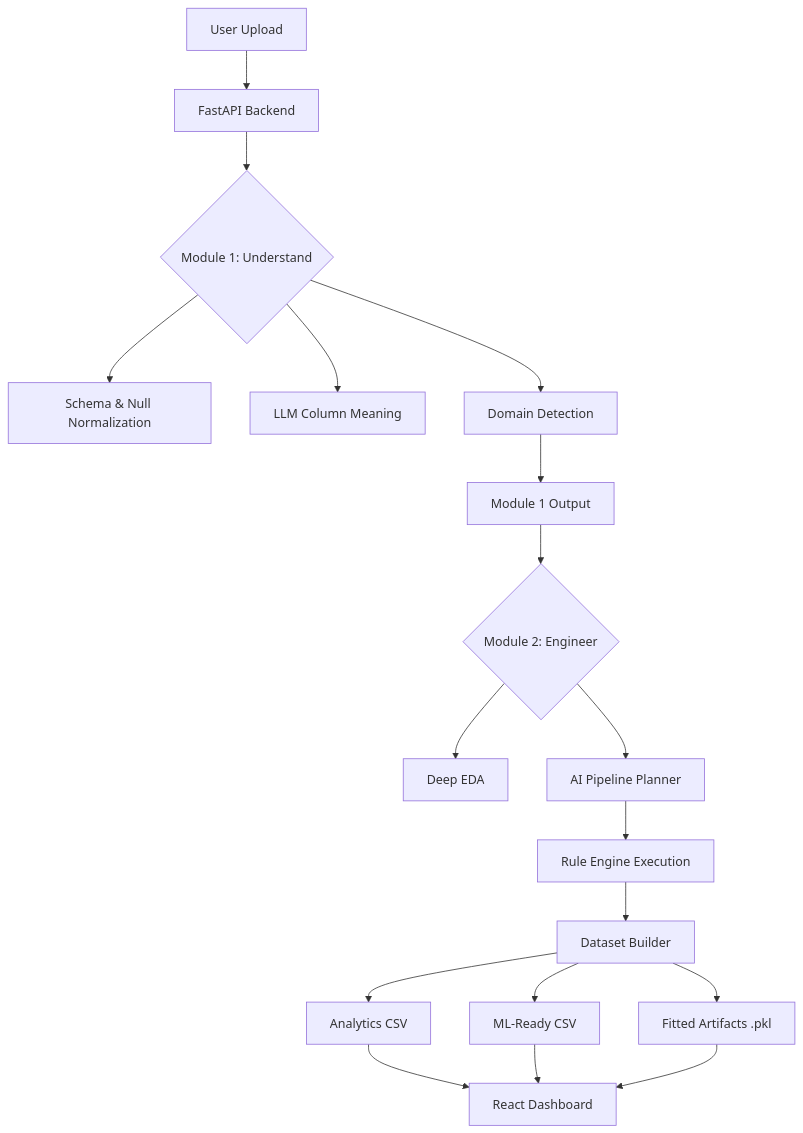
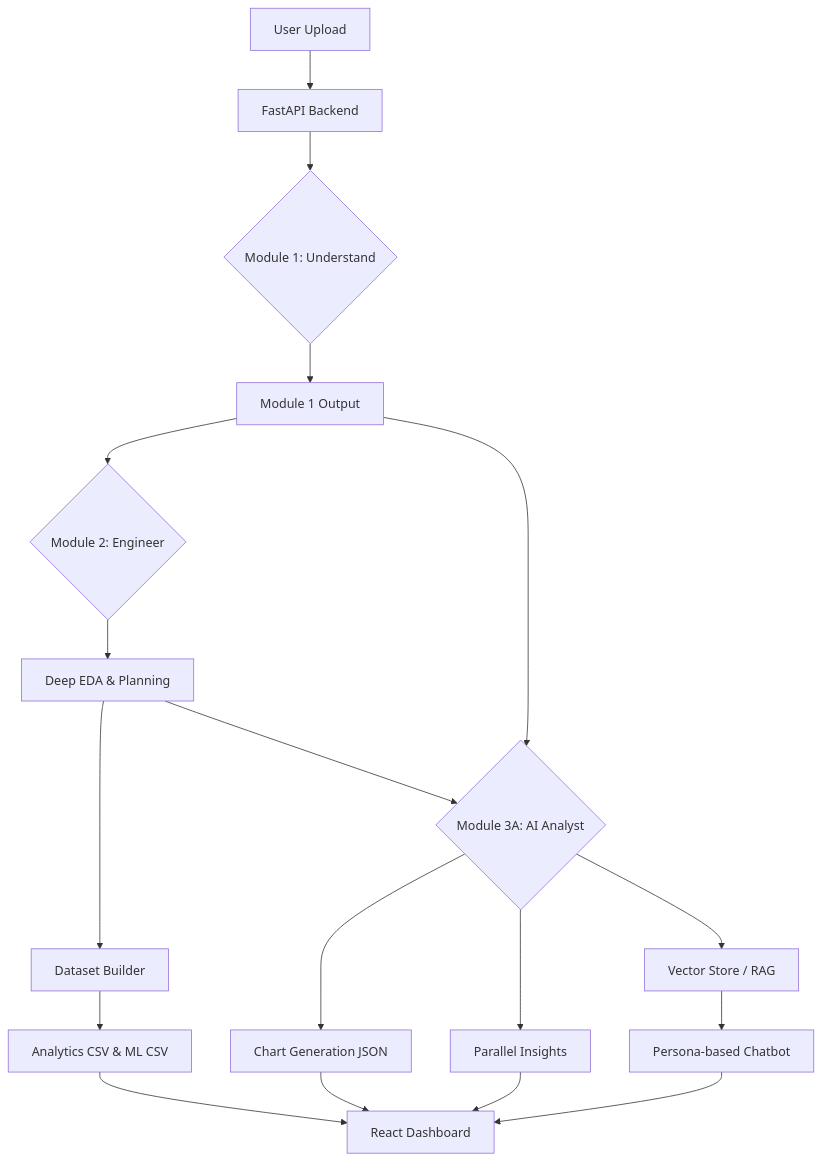
The diagram in ARCHITECTURE.md (sinan-ev/ai-career-companion), drawn with Mermaid before and after one commit. The commit also changed other lines of this file and 2 other files, not shown here.

````diff
--- a/ARCHITECTURE.md
+++ b/ARCHITECTURE.md
@@ -27,21 +34,24 @@
 ```mermaid
 graph TD
     A[User Upload] --> B[FastAPI Backend]
     B --> C{Module 1: Understand}
-    C --> C1[Schema & Null Normalization]
-    C --> C2[LLM Column Meaning]
-    C --> C3[Domain Detection]
-    C3 --> D[Module 1 Output]
+    C --> D[Module 1 Output]
     
     D --> E{Module 2: Engineer}
-    E --> E1[Deep EDA]
-    E --> E2[AI Pipeline Planner]
-    E2 --> E3[Rule Engine Execution]
-    E3 --> E4[Dataset Builder]
+    E --> E1[Deep EDA & Planning]
+    E1 --> E4[Dataset Builder]
+    E4 --> F[Analytics CSV & ML CSV]
     
-    E4 --> F[Analytics CSV]
-    E4 --> G[ML-Ready CSV]
-    E4 --> H[Fitted Artifacts .pkl]
+    E1 --> M3{Module 3A: AI Analyst}
+    D --> M3
+    M3 --> V[Vector Store / RAG]
+    M3 --> CE[Chart Generation JSON]
+    M3 --> IE[Parallel Insights]
     
-    F & G & H --> I[React Dashboard]
+    V --> CB[Persona-based Chatbot]
+    
+    F --> I[React Dashboard]
+    CE --> I
+    IE --> I
+    CB --> I
 ```
````
